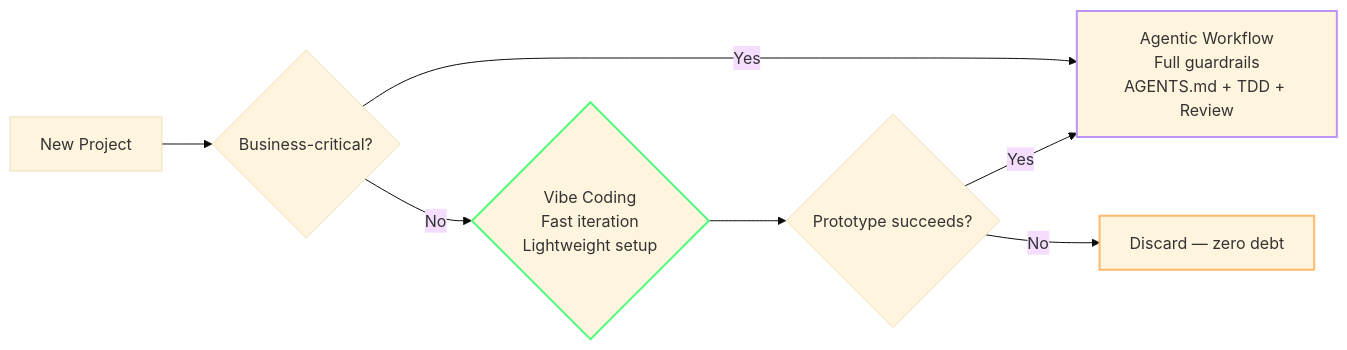
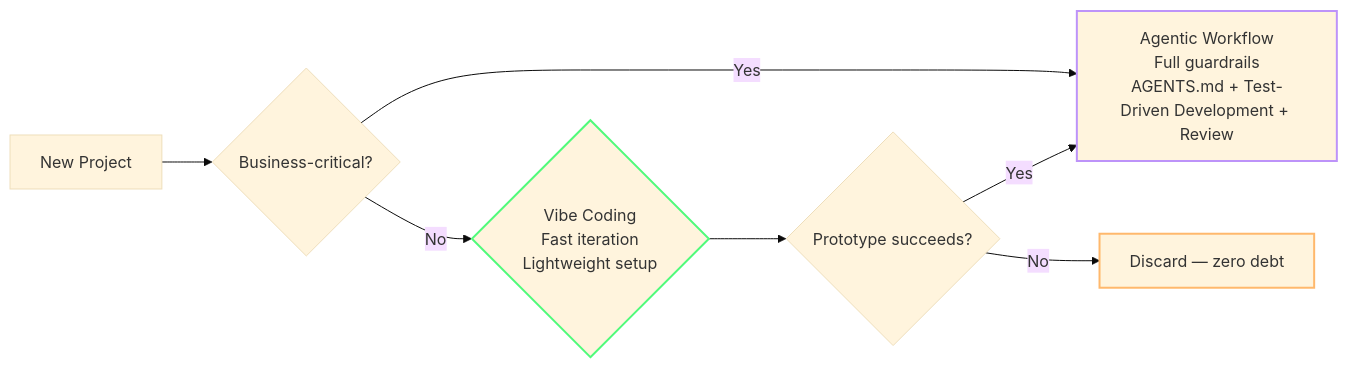
One commit to dandahprecio/vibe-on-budget changed the first of 5 diagrams in token-economy-course/src/content/docs/en/08-vibe-coding-guardrails.mdx. Above: the diagram before and after it, drawn with Mermaid (base theme). The commit also changed other lines of this file and 26 other files, not shown here.

````diff
--- a/token-economy-course/src/content/docs/en/08-vibe-coding-guardrails.mdx
+++ b/token-economy-course/src/content/docs/en/08-vibe-coding-guardrails.mdx
@@ -31,13 +30,13 @@
 ```mermaid
 flowchart LR
     A[New Project] --> B{Business-critical?}
-    B -->|Yes| C[Agentic Workflow<br/>Full guardrails<br/>AGENTS.md + TDD + Review]
+    B -->|Yes| C[Agentic Workflow<br/>Full guardrails<br/>AGENTS.md + Test-Driven Development + Review]
     B -->|No| D{Vibe Coding<br/>Fast iteration<br/>Lightweight setup}
     D --> E{Prototype succeeds?}
     E -->|Yes| C
     E -->|No| F[Discard — zero debt]
     
     style C stroke:#bd93f9,stroke-width:2px
     style D stroke:#50fa7b,stroke-width:2px
     style F stroke:#ffb86c,stroke-width:2px
 ```
````
